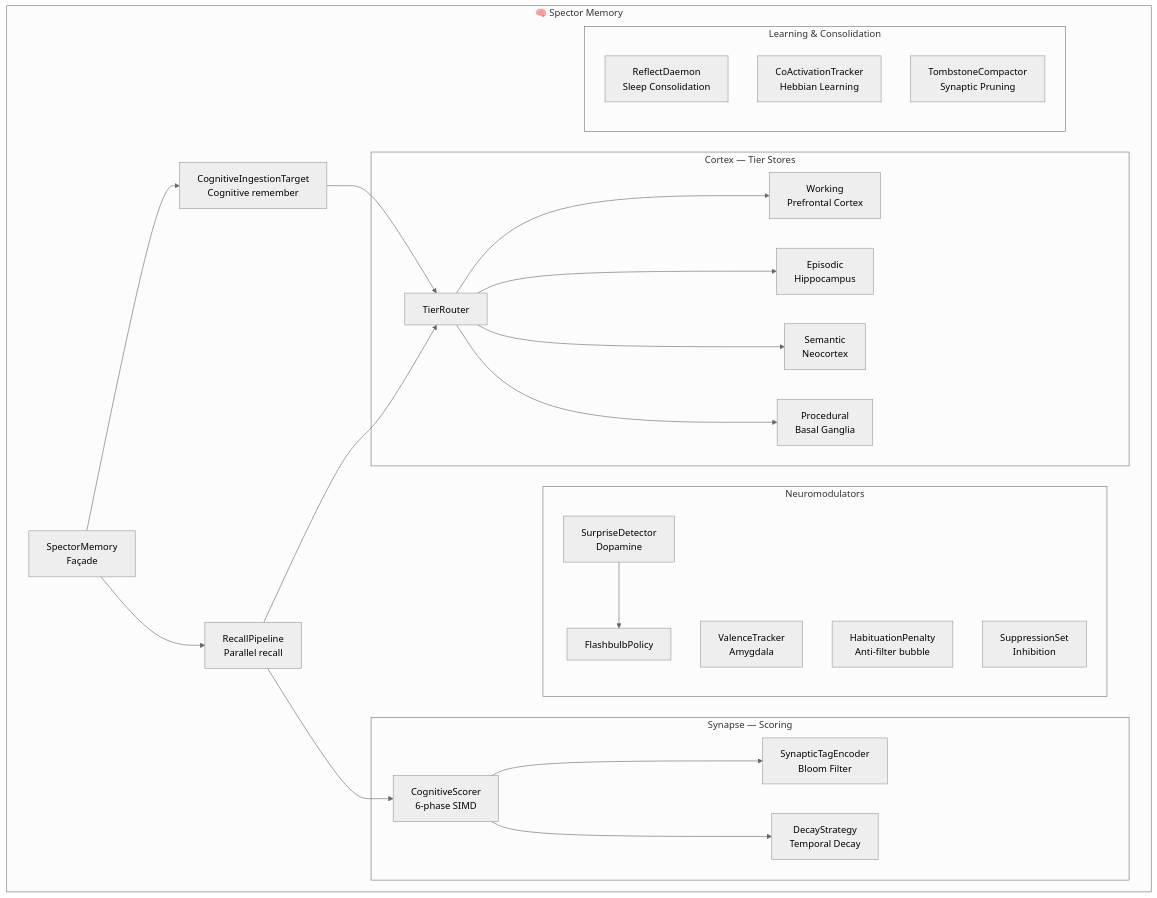
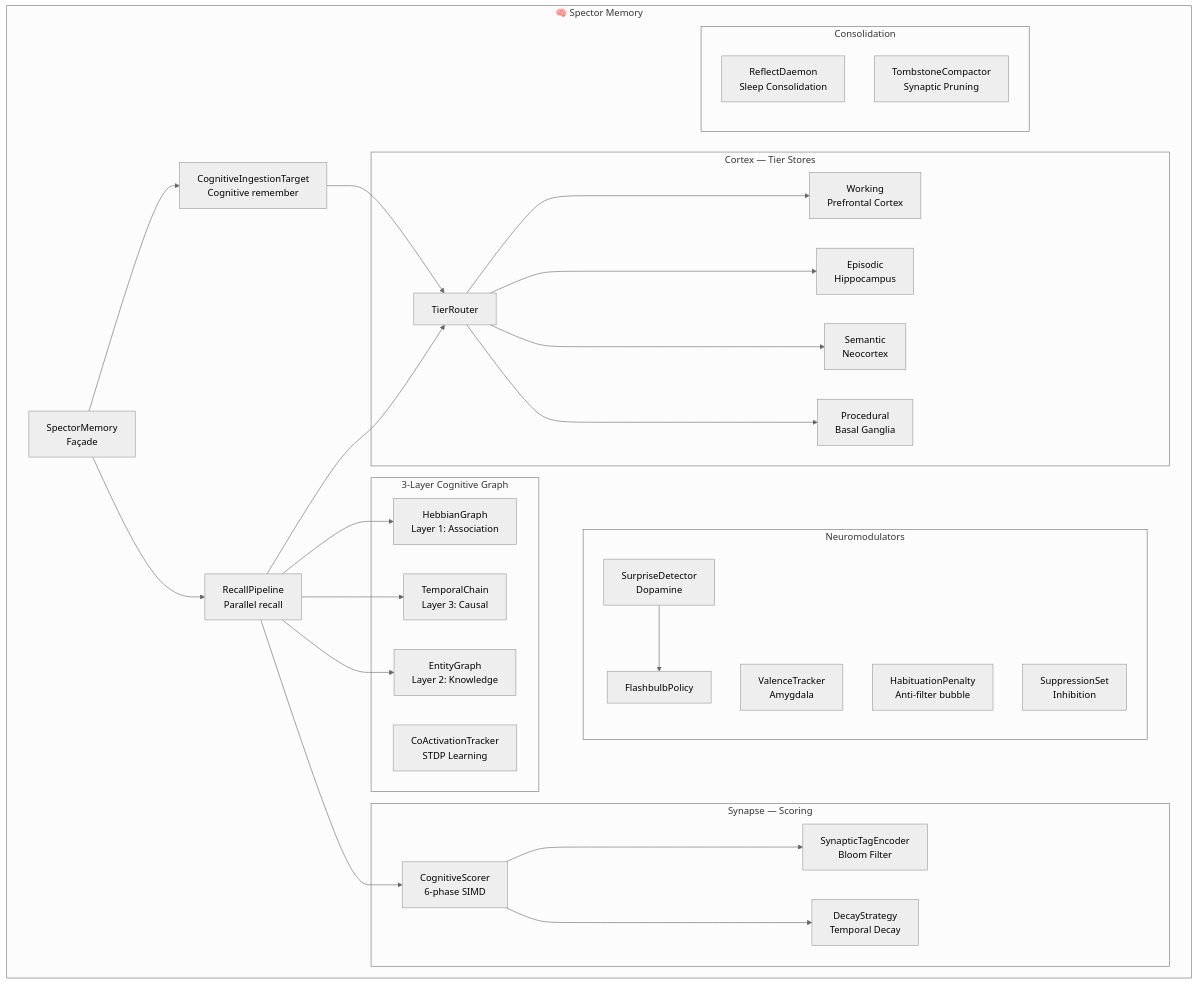
One commit to spectrayan/spector changed the diagram in docs/docs/memory/index.md. Above: the diagram before and after it, drawn with Mermaid (neutral theme). The commit also changed other lines of this file and 4 other files, not shown here.

First line of the commit message:
docs: update memory documentation for 3-Layer Cognitive Graph

````diff
--- a/docs/docs/memory/index.md
+++ b/docs/docs/memory/index.md
@@ -39,36 +39,45 @@
 ```mermaid
 graph TB
     subgraph "🧠 Spector Memory"
         SM[SpectorMemory<br/>Façade] --> CT[CognitiveIngestionTarget<br/>Cognitive remember]
         SM --> RP[RecallPipeline<br/>Parallel recall]
         
         subgraph "Cortex — Tier Stores"
             TR[TierRouter] --> WM[Working<br/>Prefrontal Cortex]
             TR --> EM[Episodic<br/>Hippocampus]
             TR --> SE[Semantic<br/>Neocortex]
             TR --> PR[Procedural<br/>Basal Ganglia]
         end
         
         subgraph "Synapse — Scoring"
             CS[CognitiveScorer<br/>6-phase SIMD] --> STE[SynapticTagEncoder<br/>Bloom Filter]
             CS --> DS[DecayStrategy<br/>Temporal Decay]
         end
         
         subgraph "Neuromodulators"
             SD[SurpriseDetector<br/>Dopamine] --> FP[FlashbulbPolicy]
             VT[ValenceTracker<br/>Amygdala]
             HP[HabituationPenalty<br/>Anti-filter bubble]
             SS[SuppressionSet<br/>Inhibition]
         end
         
-        subgraph "Learning & Consolidation"
+        subgraph "3-Layer Cognitive Graph"
+            HG[HebbianGraph<br/>Layer 1: Association]
+            EG[EntityGraph<br/>Layer 2: Knowledge]
+            TC[TemporalChain<br/>Layer 3: Causal]
+            CA[CoActivationTracker<br/>STDP Learning]
+        end
+        
+        subgraph "Consolidation"
             RD[ReflectDaemon<br/>Sleep Consolidation]
-            CA[CoActivationTracker<br/>Hebbian Learning]
-            TC[TombstoneCompactor<br/>Synaptic Pruning]
+            TCC[TombstoneCompactor<br/>Synaptic Pruning]
         end
         
         CT --> TR
         RP --> CS
         RP --> TR
+        RP --> HG
+        RP --> TC
+        RP --> EG
     end
 ```
````
